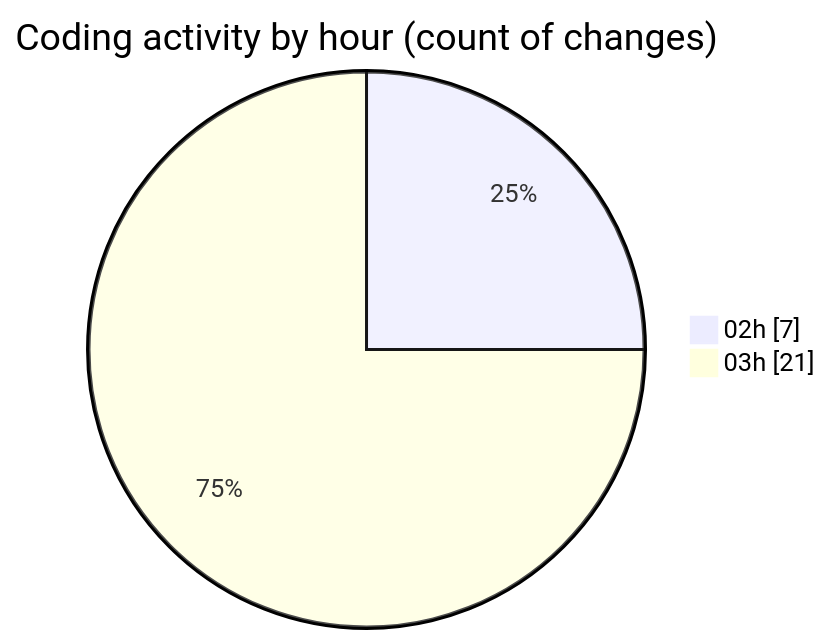
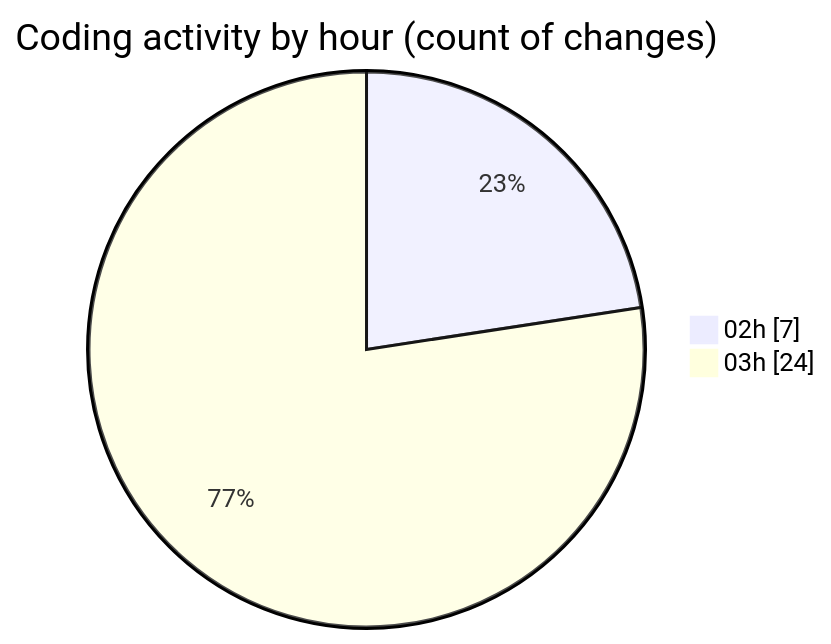
One commit to JenPaints/code-tracking changed the second of 2 diagrams in 2025-05-29/kimberly-groups/README.md. Above: the diagram before and after it, drawn with Mermaid. The commit also changed other lines of this file and 1 other file, not shown here.

````diff
--- a/2025-05-29/kimberly-groups/README.md
+++ b/2025-05-29/kimberly-groups/README.md
@@ -30,6 +30,6 @@
 ```mermaid
 pie showData
 title Coding activity by hour (count of changes)
 "02h" : 7
-"03h" : 21
+"03h" : 24
 ```
````
